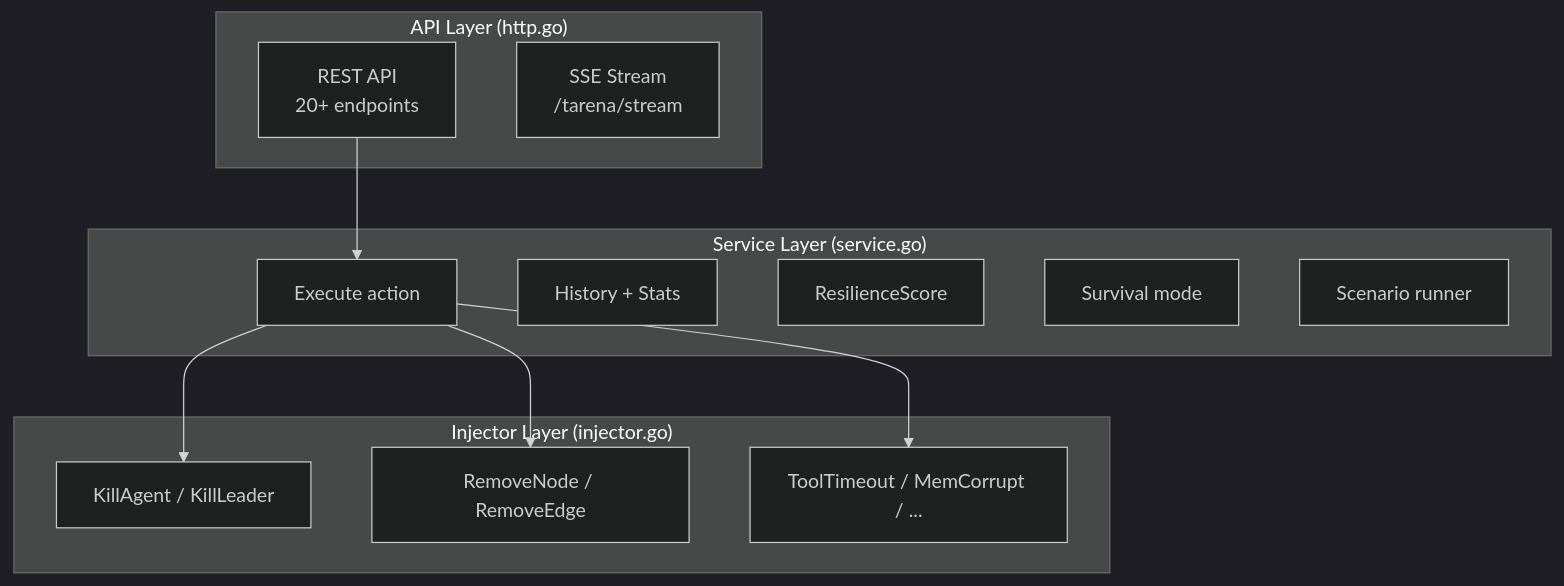
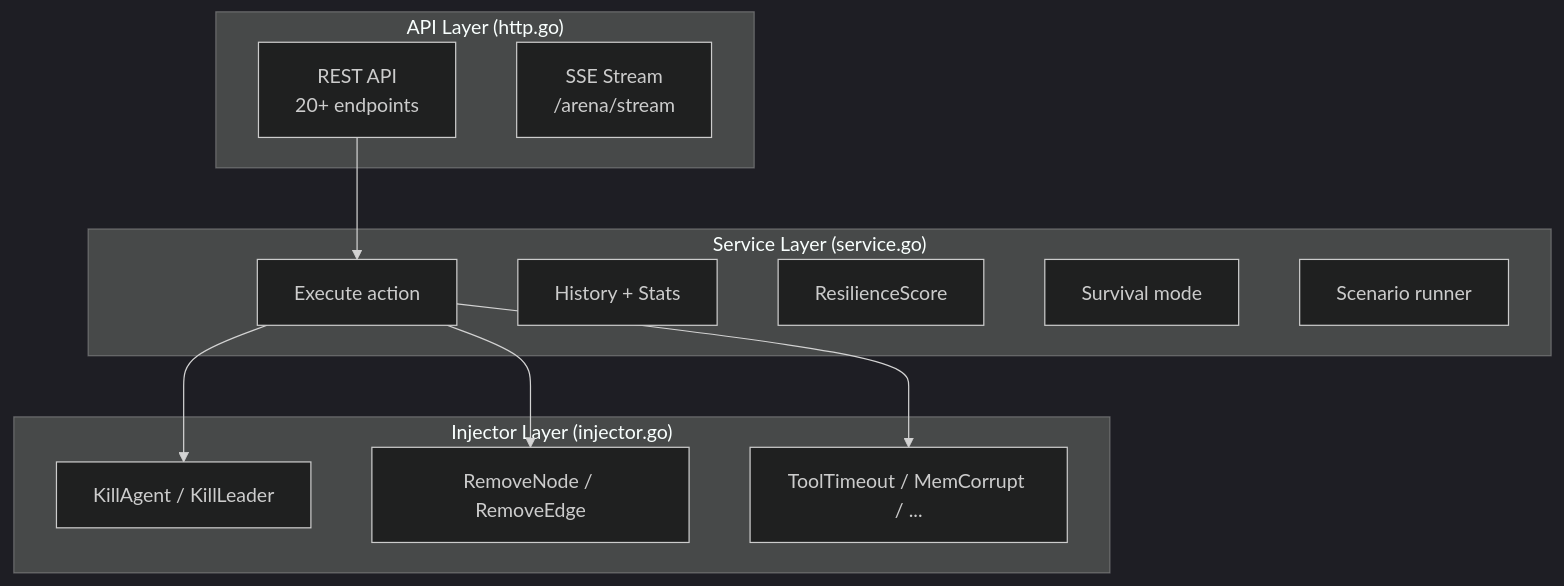
The third of 6 diagrams in docs/articles/en/arena-fault-injection-deep-dive.md (Timwood0x10/ARES), drawn with Mermaid (dark theme) before and after one commit. The commit also changed other lines of this file and 22 other files, not shown here.

````diff
--- a/docs/articles/en/arena-fault-injection-deep-dive.md
+++ b/docs/articles/en/arena-fault-injection-deep-dive.md
@@ -134,26 +118,26 @@
 ```mermaid
 graph TB
     subgraph "API Layer (http.go)"
         REST[REST API\n20+ endpoints]
-        SSE[SSE Stream\n/tarena/stream]
+        SSE[SSE Stream\n/arena/stream]
     end
 
     subgraph "Service Layer (service.go)"
         EXEC[Execute action]
         HIST[History + Stats]
         SCORE[ResilienceScore]
         SURV[Survival mode]
         SCEN[Scenario runner]
     end
 
     subgraph "Injector Layer (injector.go)"
         KILL[KillAgent / KillLeader]
         DAG_OPS[RemoveNode / RemoveEdge]
         FAULT[ToolTimeout / MemCorrupt / ...]
     end
 
     REST --> EXEC
     EXEC --> KILL
     EXEC --> DAG_OPS
     EXEC --> FAULT
 ```
````
